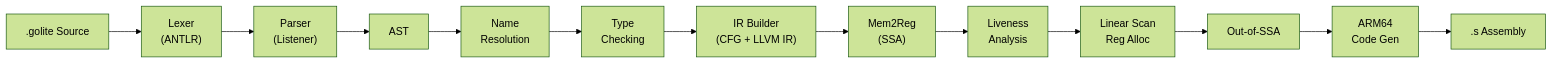
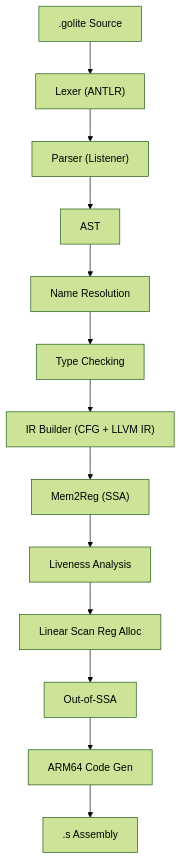
One commit to tusharsonthalia/CompileAndGo changed the diagram in README.md. Above: the diagram before and after it, drawn with Mermaid (forest theme).

Commit message:
updated flow graph

````diff
--- a/README.md
+++ b/README.md
@@ -30,15 +30,15 @@
 ```mermaid
-graph LR
-    A[".golite Source"] --> B["Lexer<br/>(ANTLR)"]
-    B --> C["Parser<br/>(Listener)"]
+graph TD
+    A[".golite Source"] --> B["Lexer (ANTLR)"]
+    B --> C["Parser (Listener)"]
     C --> D["AST"]
-    D --> E["Name<br/>Resolution"]
-    E --> F["Type<br/>Checking"]
-    F --> G["IR Builder<br/>(CFG + LLVM IR)"]
-    G --> H["Mem2Reg<br/>(SSA)"]
-    H --> I["Liveness<br/>Analysis"]
-    I --> J["Linear Scan<br/>Reg Alloc"]
+    D --> E["Name Resolution"]
+    E --> F["Type Checking"]
+    F --> G["IR Builder (CFG + LLVM IR)"]
+    G --> H["Mem2Reg (SSA)"]
+    H --> I["Liveness Analysis"]
+    I --> J["Linear Scan Reg Alloc"]
     J --> K["Out-of-SSA"]
-    K --> L["ARM64<br/>Code Gen"]
+    K --> L["ARM64 Code Gen"]
     L --> M[".s Assembly"]
 ```
````
